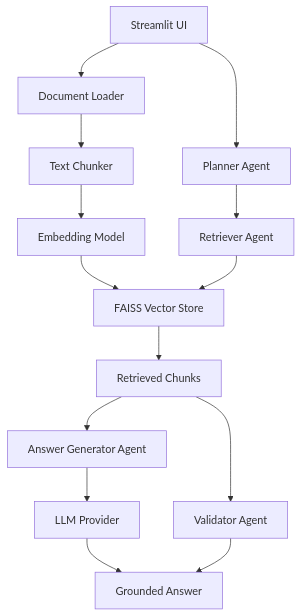
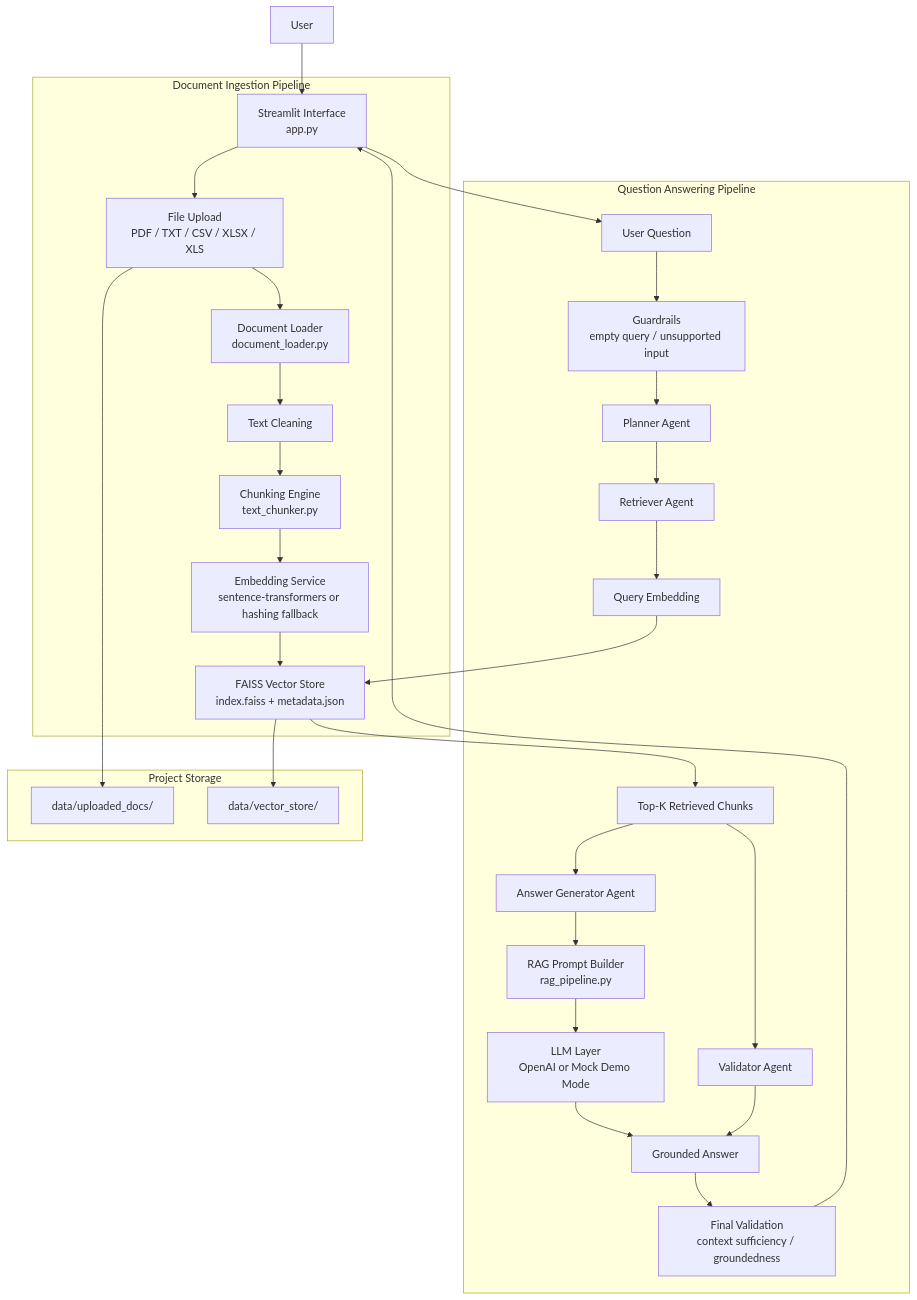
Before and after one commit to mallikmarssunkara/agentic-rag-enterprise-assistant: the diagram in docs/architecture_diagram.md, drawn with Mermaid. The commit also changed other lines of this file and 3 other files, not shown here.

Commit message:
Update project documentation and architecture

````diff
--- a/docs/architecture_diagram.md
+++ b/docs/architecture_diagram.md
@@ -3,16 +3,39 @@
 ```mermaid
 flowchart TD
-    A["Streamlit UI"] --> B["Document Loader"]
-    B --> C["Text Chunker"]
-    C --> D["Embedding Model"]
-    D --> E["FAISS Vector Store"]
-    A --> F["Planner Agent"]
-    F --> G["Retriever Agent"]
-    G --> E
-    E --> H["Retrieved Chunks"]
-    H --> I["Answer Generator Agent"]
-    I --> J["LLM Provider"]
-    H --> K["Validator Agent"]
-    J --> L["Grounded Answer"]
-    K --> L
+    U["User"] --> UI["Streamlit Interface<br/>app.py"]
+
+    subgraph INGEST["Document Ingestion Pipeline"]
+        UI --> UP["File Upload<br/>PDF / TXT / CSV / XLSX / XLS"]
+        UP --> DL["Document Loader<br/>document_loader.py"]
+        DL --> CT["Text Cleaning"]
+        CT --> CH["Chunking Engine<br/>text_chunker.py"]
+        CH --> EM["Embedding Service<br/>sentence-transformers or hashing fallback"]
+        EM --> VS["FAISS Vector Store<br/>index.faiss + metadata.json"]
+    end
+
+    subgraph QUERY["Question Answering Pipeline"]
+        UI --> Q["User Question"]
+        Q --> GR1["Guardrails<br/>empty query / unsupported input"]
+        GR1 --> PA["Planner Agent"]
+        PA --> RA["Retriever Agent"]
+        RA --> QE["Query Embedding"]
+        QE --> VS
+        VS --> RC["Top-K Retrieved Chunks"]
+        RC --> AA["Answer Generator Agent"]
+        AA --> RAG["RAG Prompt Builder<br/>rag_pipeline.py"]
+        RAG --> LLM["LLM Layer<br/>OpenAI or Mock Demo Mode"]
+        RC --> VA["Validator Agent"]
+        LLM --> OUT["Grounded Answer"]
+        VA --> OUT
+        OUT --> GR2["Final Validation<br/>context sufficiency / groundedness"]
+        GR2 --> UI
+    end
+
+    subgraph STORAGE["Project Storage"]
+        FILES["data/uploaded_docs/"]
+        INDEX["data/vector_store/"]
+    end
+
+    UP --> FILES
+    VS --> INDEX
 ```
````
